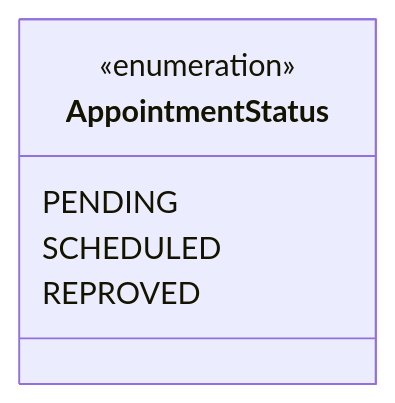
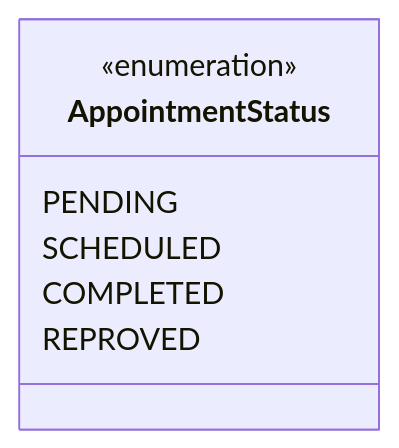
Before and after one commit to leonardodimarchi/massage-therapy-api: the second of 2 diagrams in README.md, drawn with Mermaid. The commit also changed 9 other files, not shown here.

````diff
--- a/README.md
+++ b/README.md
@@ -39,9 +39,10 @@
 ```mermaid
 classDiagram
 class AppointmentStatus {
     <<enumeration>>
     PENDING
     SCHEDULED
+    COMPLETED
     REPROVED
 }
 ```
````
